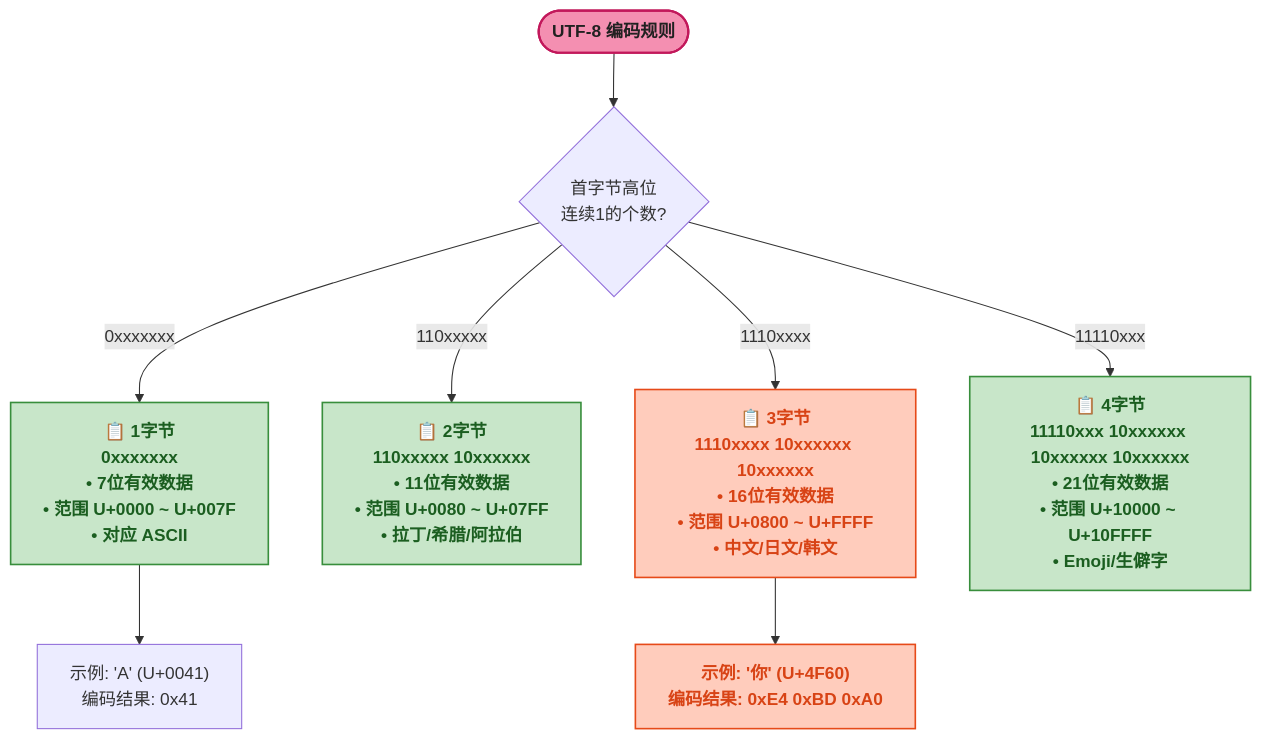
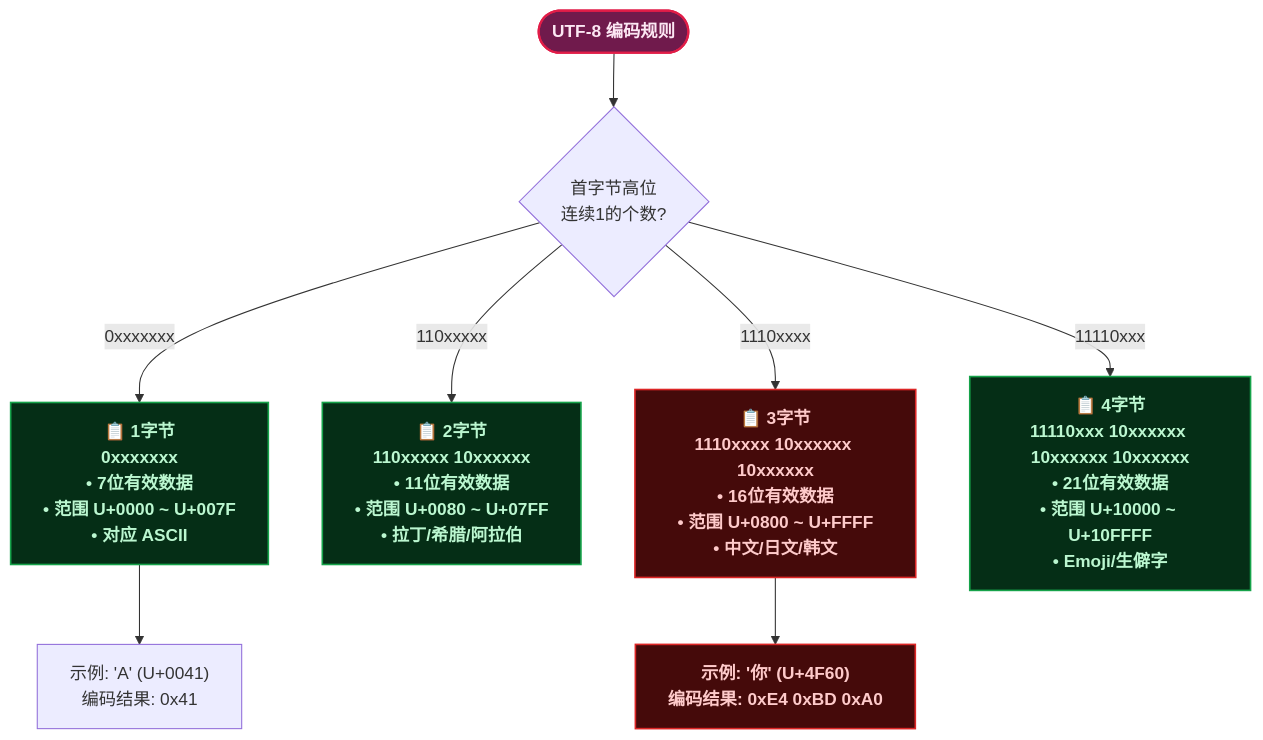
Before and after one commit to yaocat55/yaocat55.github.io: the second of 5 diagrams in content/posts/io/JavaEncodingAndBridge.md, drawn with Mermaid. The commit also changed other lines of this file and 155 other files, not shown here.

````diff
--- a/content/posts/io/JavaEncodingAndBridge.md
+++ b/content/posts/io/JavaEncodingAndBridge.md
@@ -133,23 +133,23 @@
 ```mermaid
 flowchart TD
     %% ==========================================
     %% UTF-8 变长编码结构
     %% ==========================================
-    classDef startEnd fill:#F48FB1,stroke:#C2185B,stroke-width:2px,color:#212121,font-weight:bold;
-    classDef data fill:#C8E6C9,stroke:#388E3C,stroke-width:1.5px,color:#1B5E20,font-weight:bold;
-    classDef highlight fill:#FFCCBC,stroke:#E64A19,stroke-width:1.5px,color:#D84315,font-weight:bold;
+classDef startEnd fill:#701a4c,stroke:#e11d48,stroke-width:2px,color:#fce7f3,font-weight:bold;
+classDef data fill:#052e16,stroke:#16a34a,stroke-width:1.5px,color:#bbf7d0,font-weight:bold;
+classDef highlight fill:#450a0a,stroke:#dc2626,stroke-width:1.5px,color:#fecaca,font-weight:bold;
 
     START([UTF-8 编码规则]) --> BYTE_COUNT{首字节高位\n连续1的个数?}
 
     BYTE_COUNT -->|"0xxxxxxx"| B1["📋 1字节\n0xxxxxxx\n• 7位有效数据\n• 范围 U+0000 ~ U+007F\n• 对应 ASCII"]
     BYTE_COUNT -->|"110xxxxx"| B2["📋 2字节\n110xxxxx 10xxxxxx\n• 11位有效数据\n• 范围 U+0080 ~ U+07FF\n• 拉丁/希腊/阿拉伯"]
     BYTE_COUNT -->|"1110xxxx"| B3["📋 3字节\n1110xxxx 10xxxxxx 10xxxxxx\n• 16位有效数据\n• 范围 U+0800 ~ U+FFFF\n• 中文/日文/韩文"]
     BYTE_COUNT -->|"11110xxx"| B4["📋 4字节\n11110xxx 10xxxxxx 10xxxxxx 10xxxxxx\n• 21位有效数据\n• 范围 U+10000 ~ U+10FFFF\n• Emoji/生僻字"]
 
     B1 --> EXAMPLE1["示例: 'A' (U+0041)\n编码结果: 0x41"]
     B3 --> EXAMPLE3["示例: '你' (U+4F60)\n编码结果: 0xE4 0xBD 0xA0"]
 
     class START startEnd;
     class B1,B2,B3,B4 data;
     class B3,EXAMPLE3 highlight;
 ```
````
